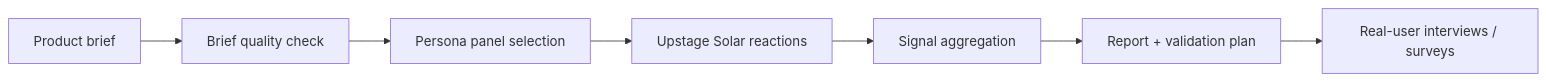
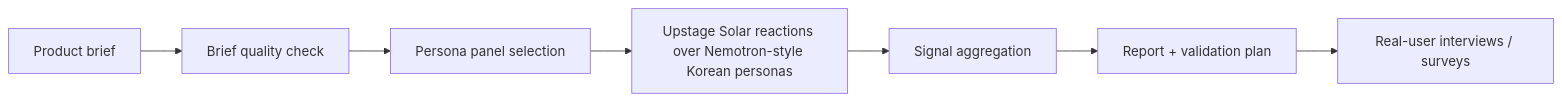
Before and after one commit to choihyun-1110/hynix-pe-simulation: the diagram in README.md, drawn with Mermaid. The commit also changed other lines of this file, not shown here.

Commit message:
Mention Nemotron Personas Korea in README overview

````diff
--- a/README.md
+++ b/README.md
@@ -52,9 +53,9 @@
 ```mermaid
 flowchart LR
   A[Product brief] --> B[Brief quality check]
   B --> C[Persona panel selection]
-  C --> D[Upstage Solar reactions]
+  C --> D[Upstage Solar reactions over Nemotron-style Korean personas]
   D --> E[Signal aggregation]
   E --> F[Report + validation plan]
   F --> G[Real-user interviews / surveys]
 ```
````
